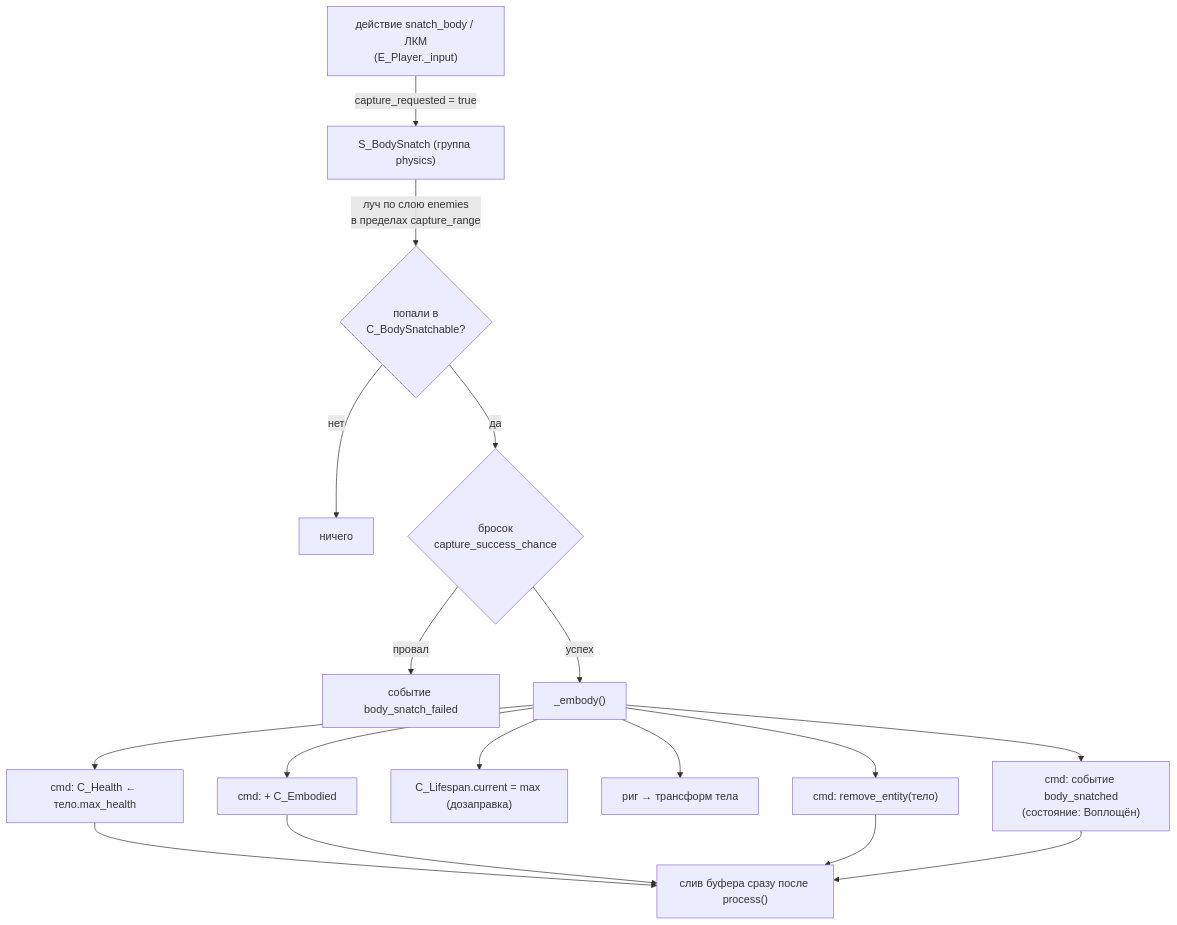
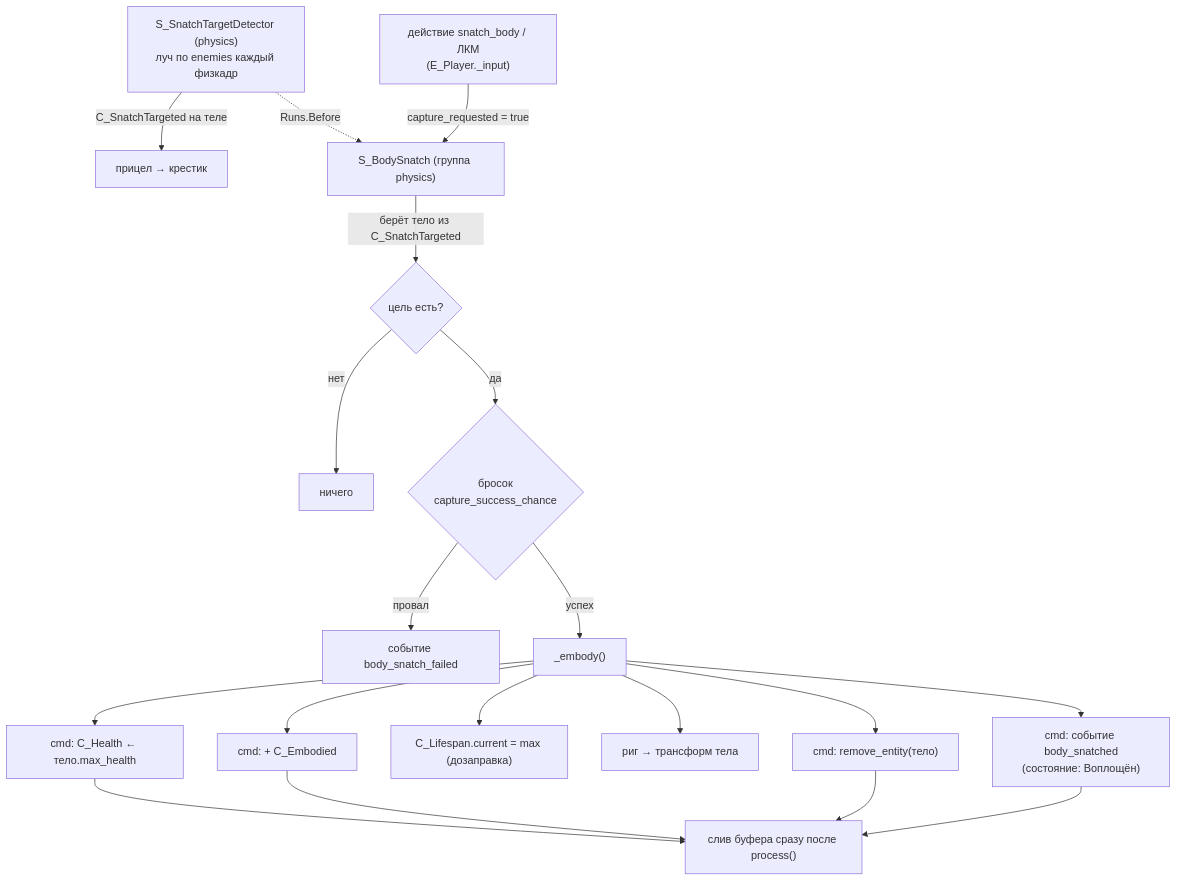
One commit to Manshooo/astral-genesis changed the first of 2 diagrams in docs/astral-genesis/how-to/Захват тела.md. Above: the diagram before and after it, drawn with Mermaid. The commit also changed other lines of this file and 13 other files, not shown here.

First line of the commit message:
Прицел-крестик при наведении на тело для захвата

````diff
--- a/docs/astral-genesis/how-to/Захват тела.md
+++ b/docs/astral-genesis/how-to/Захват тела.md
@@ -47,17 +47,19 @@
 ```mermaid
 flowchart TD
+    det["S_SnatchTargetDetector (physics)<br/>луч по enemies каждый физкадр"] -->|"C_SnatchTargeted на теле"| cross["прицел → крестик"]
     lmb["действие snatch_body / ЛКМ<br/>(E_Player._input)"] -->|"capture_requested = true"| sbs["S_BodySnatch (группа physics)"]
-    sbs -->|"луч по слою enemies<br/>в пределах capture_range"| hit{"попали в<br/>C_BodySnatchable?"}
+    sbs -->|"берёт тело из C_SnatchTargeted"| hit{"цель есть?"}
+    det -.->|"Runs.Before"| sbs
     hit -->|"нет"| idle["ничего"]
     hit -->|"да"| roll{"бросок<br/>capture_success_chance"}
     roll -->|"провал"| failed["событие body_snatch_failed"]
     roll -->|"успех"| embody["_embody()"]
 
     embody --> e1["cmd: C_Health ← тело.max_health"]
     embody --> e2["cmd: + C_Embodied"]
     embody --> e3["C_Lifespan.current = max (дозаправка)"]
     embody --> e4["риг → трансформ тела"]
     embody --> e5["cmd: remove_entity(тело)"]
     embody --> done["cmd: событие body_snatched<br/>(состояние: Воплощён)"]
     e1 & e2 & e5 & done --> flush["слив буфера сразу после process()"]
 ```
````
